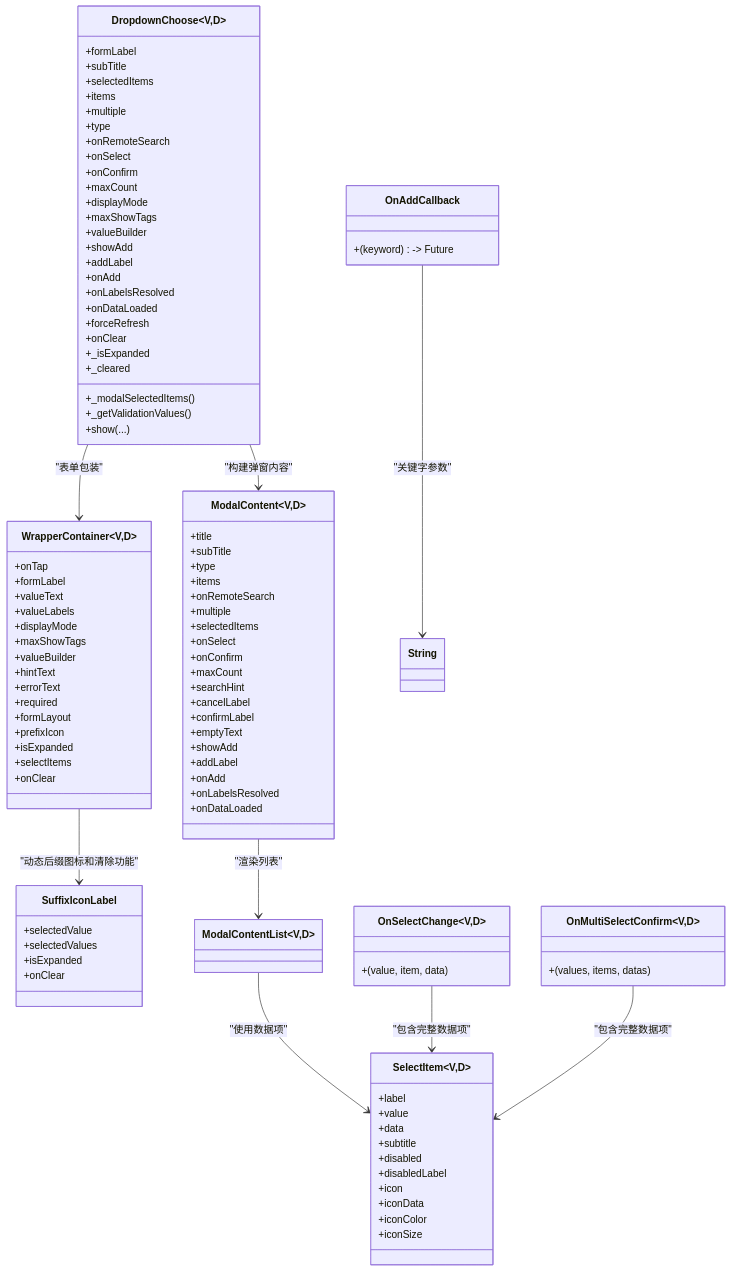
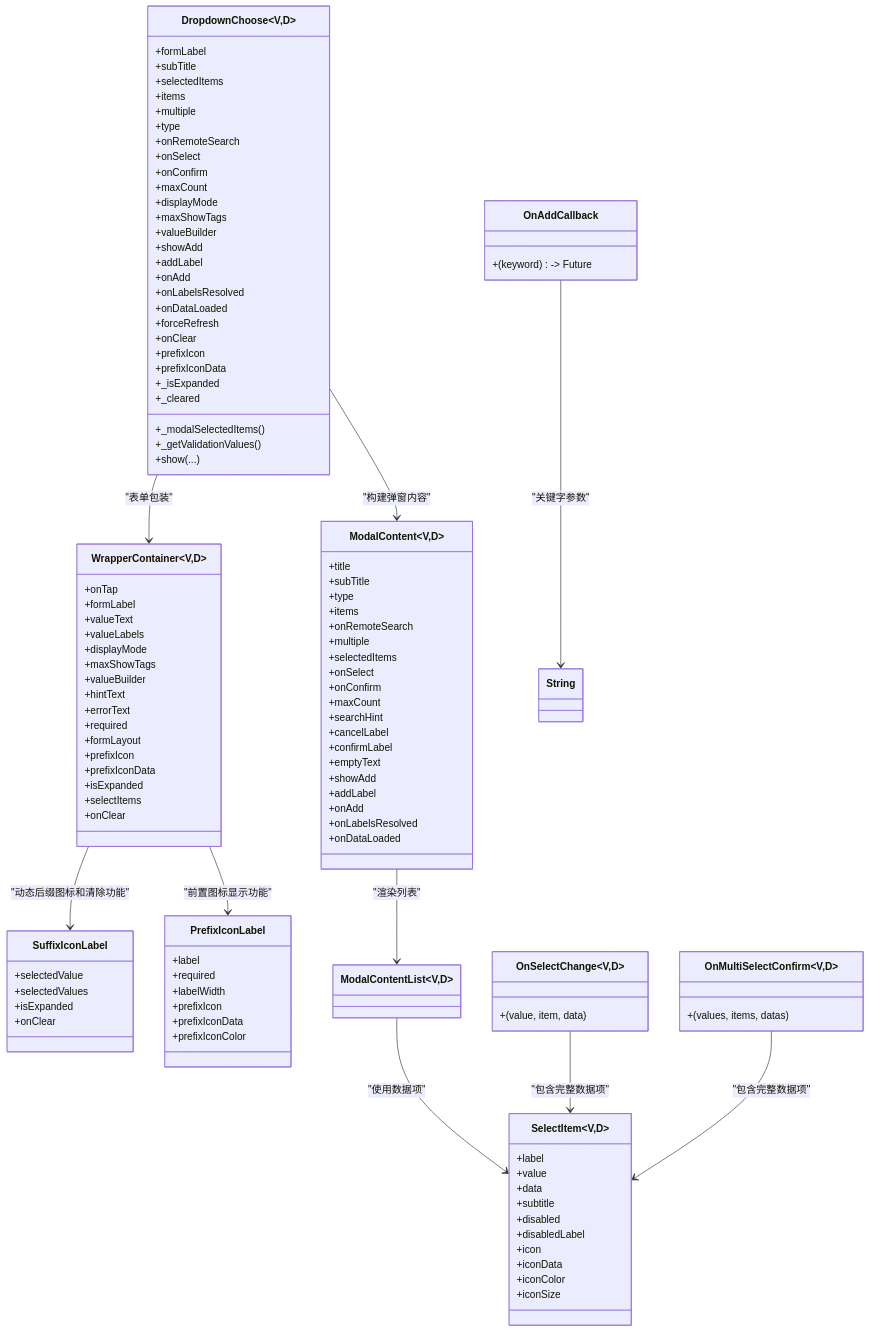
Before and after one commit to yuzhido/lite-ui: the third of 3 diagrams in .qoder/repowiki/zh/content/API 参考/高级组件 API/DropdownChoose 下拉选择器 API.md, drawn with Mermaid. The commit also changed other lines of this file and 14 other files, not shown here.

```diff
--- a/.qoder/repowiki/zh/content/API 参考/高级组件 API/DropdownChoose 下拉选择器 API.md
+++ b/.qoder/repowiki/zh/content/API 参考/高级组件 API/DropdownChoose 下拉选择器 API.md
@@ -345,6 +370,8 @@
 +onDataLoaded
 +forceRefresh
 +onClear
++prefixIcon
++prefixIconData
 +_isExpanded
 +_cleared
 +_modalSelectedItems()
@@ -385,6 +412,7 @@
 +required
 +formLayout
 +prefixIcon
++prefixIconData
 +isExpanded
 +selectItems
 +onClear
@@ -394,6 +422,14 @@
 +selectedValues
 +isExpanded
 +onClear
+}
+class PrefixIconLabel {
++label
++required
++labelWidth
++prefixIcon
++prefixIconData
++prefixIconColor
 }
 class SelectItem~V,D~ {
 +label
@@ -420,6 +456,7 @@
 ModalContent~V,D~ --> ModalContentList~V,D~ : "渲染列表"
 DropdownChoose~V,D~ --> WrapperContainer~V,D~ : "表单包装"
 WrapperContainer~V,D~ --> SuffixIconLabel : "动态后缀图标和清除功能"
+WrapperContainer~V,D~ --> PrefixIconLabel : "前置图标显示功能"
 ModalContentList~V,D~ --> SelectItem~V,D~ : "使用数据项"
 OnSelectChange~V,D~ --> SelectItem~V,D~ : "包含完整数据项"
 OnMultiSelectConfirm~V,D~ --> SelectItem~V,D~ : "包含完整数据项"
```
